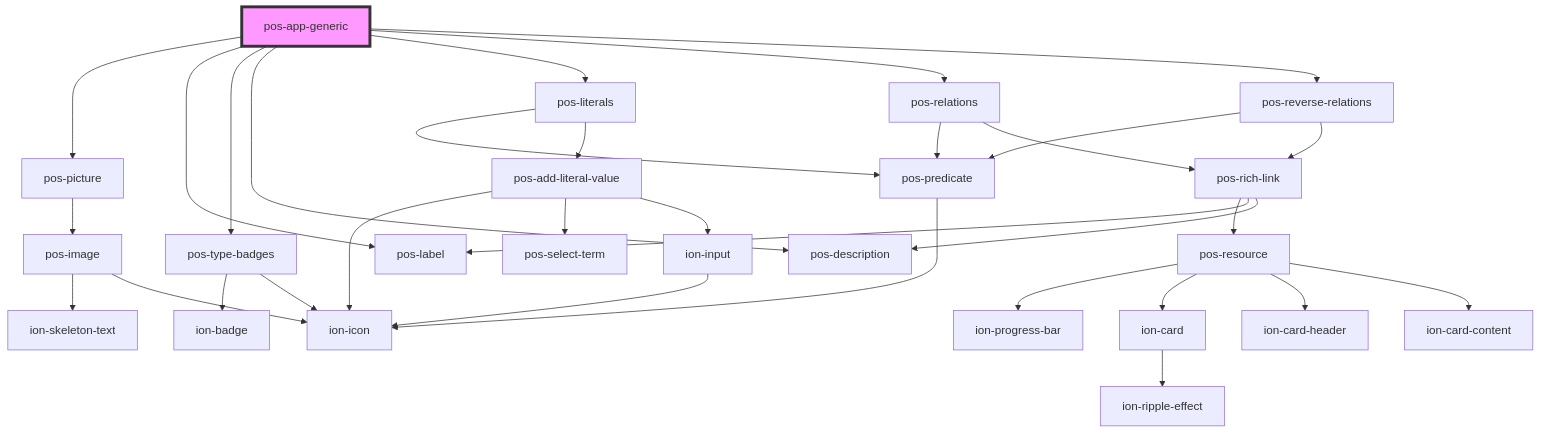
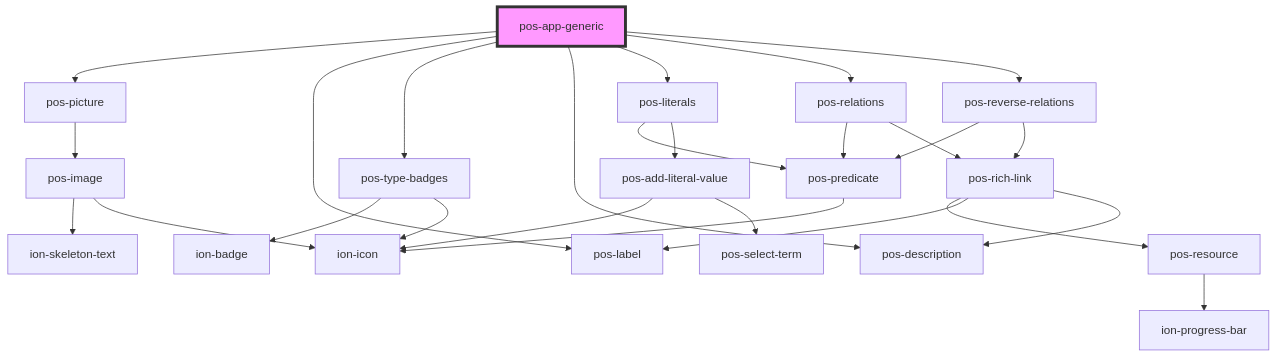
Before and after one commit to pod-os/PodOS: the diagram in docs/elements/apps/pos-app-generic/readme.md, drawn with Mermaid. The commit also changed 20 other files, not shown here.

````diff
--- a/docs/elements/apps/pos-app-generic/readme.md
+++ b/docs/elements/apps/pos-app-generic/readme.md
@@ -21,35 +21,29 @@
 ```mermaid
 graph TD;
   pos-app-generic --> pos-picture
   pos-app-generic --> pos-label
   pos-app-generic --> pos-type-badges
   pos-app-generic --> pos-description
   pos-app-generic --> pos-literals
   pos-app-generic --> pos-relations
   pos-app-generic --> pos-reverse-relations
   pos-picture --> pos-image
   pos-image --> ion-skeleton-text
   pos-image --> ion-icon
   pos-type-badges --> ion-badge
   pos-type-badges --> ion-icon
   pos-literals --> pos-predicate
   pos-literals --> pos-add-literal-value
   pos-predicate --> ion-icon
   pos-add-literal-value --> ion-icon
   pos-add-literal-value --> pos-select-term
-  pos-add-literal-value --> ion-input
-  ion-input --> ion-icon
   pos-relations --> pos-predicate
   pos-relations --> pos-rich-link
   pos-rich-link --> pos-resource
   pos-rich-link --> pos-label
   pos-rich-link --> pos-description
   pos-resource --> ion-progress-bar
-  pos-resource --> ion-card
-  pos-resource --> ion-card-header
-  pos-resource --> ion-card-content
-  ion-card --> ion-ripple-effect
   pos-reverse-relations --> pos-predicate
   pos-reverse-relations --> pos-rich-link
   style pos-app-generic fill:#f9f,stroke:#333,stroke-width:4px
 ```
````
